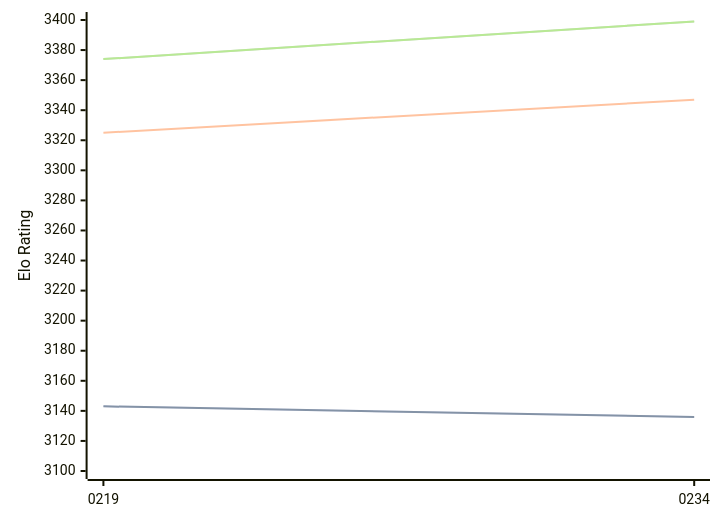
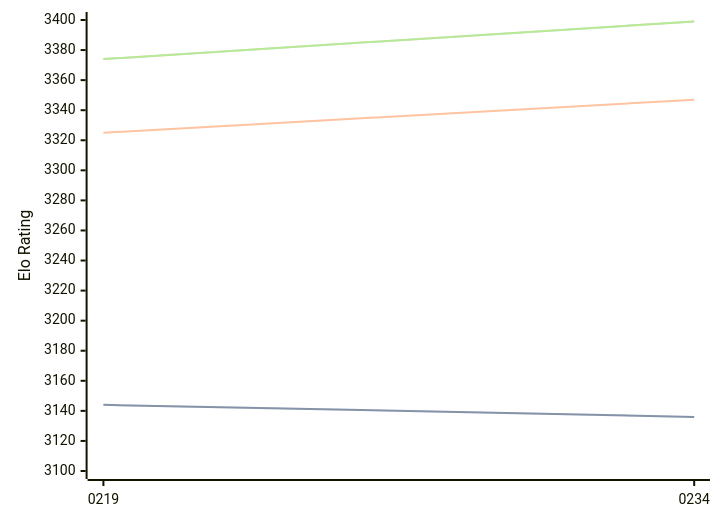
The diagram in engines/Ynode.md (computer-chess-index/cci), drawn with Mermaid before and after one commit. The commit also changed other lines of this file, not shown here.

````diff
--- a/engines/Ynode.md
+++ b/engines/Ynode.md
@@ -32,11 +32,11 @@
 ```mermaid
 %%{init: {"theme":"base","themeVariables":{"seriesColors:['#a3a3a3','#222221','#faa371']}}}%%
 xychart-beta
   x-axis ["0219", "0234"]
   y-axis "Elo Rating" 3100 --> 3400
-  line "" [3143, 3136]
-  line "STC (8.0+0.08s)" [3143, 3136]
+  line "" [3144, 3136]
+  line "STC (8.0+0.08s)" [3144, 3136]
   line "LTC (60.0+0.60s)" [3325, 3347]
   line "" [3374, 3399]
   line "VLTC (2m24s+1.12s)" [3374, 3399]
 ```
````
